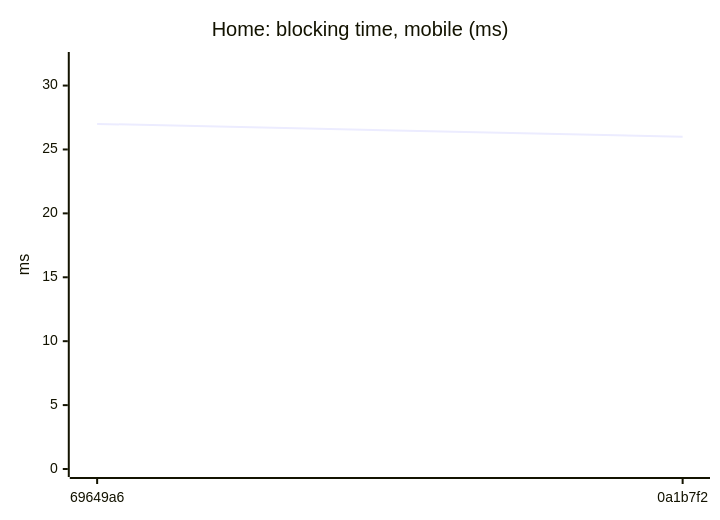
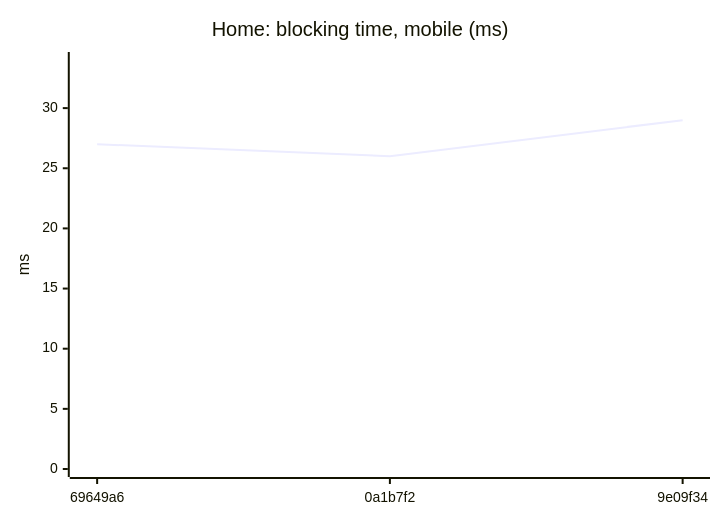
One commit to AxelUser/maltsev.space changed the second of 18 diagrams in README.md. Above: the diagram before and after it, drawn with Mermaid. The commit also changed other lines of this file and 1 other file, not shown here.

````diff
--- a/README.md
+++ b/README.md
@@ -43,7 +43,7 @@
 ```mermaid
 xychart-beta
   title "Home: blocking time, mobile (ms)"
-  x-axis ["69649a6", "0a1b7f2"]
-  y-axis "ms" 0 --> 32
-  line [27, 26]
+  x-axis ["69649a6", "0a1b7f2", "9e09f34"]
+  y-axis "ms" 0 --> 34
+  line [27, 26, 29]
 ```
````
